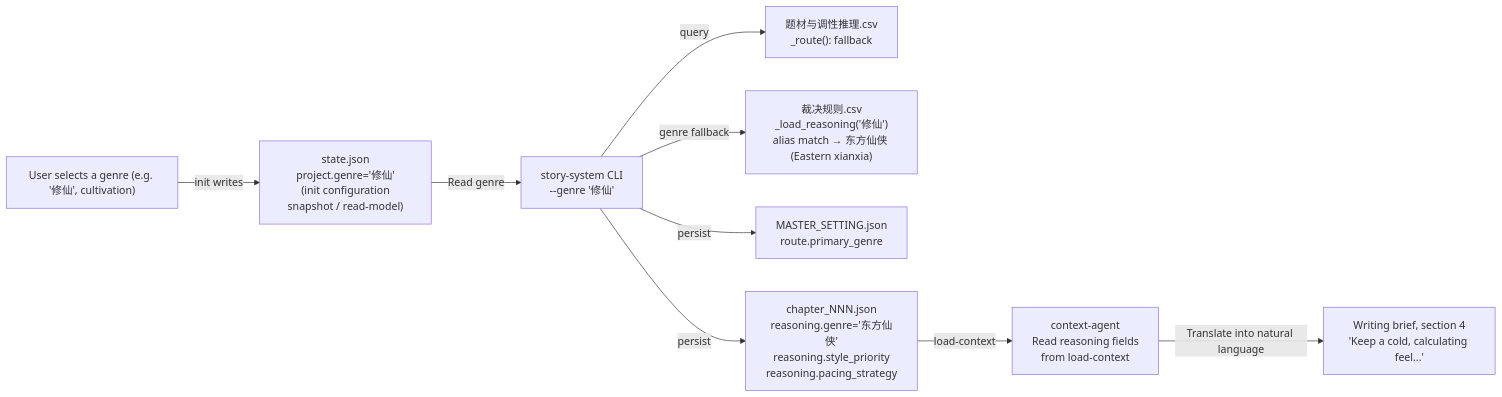
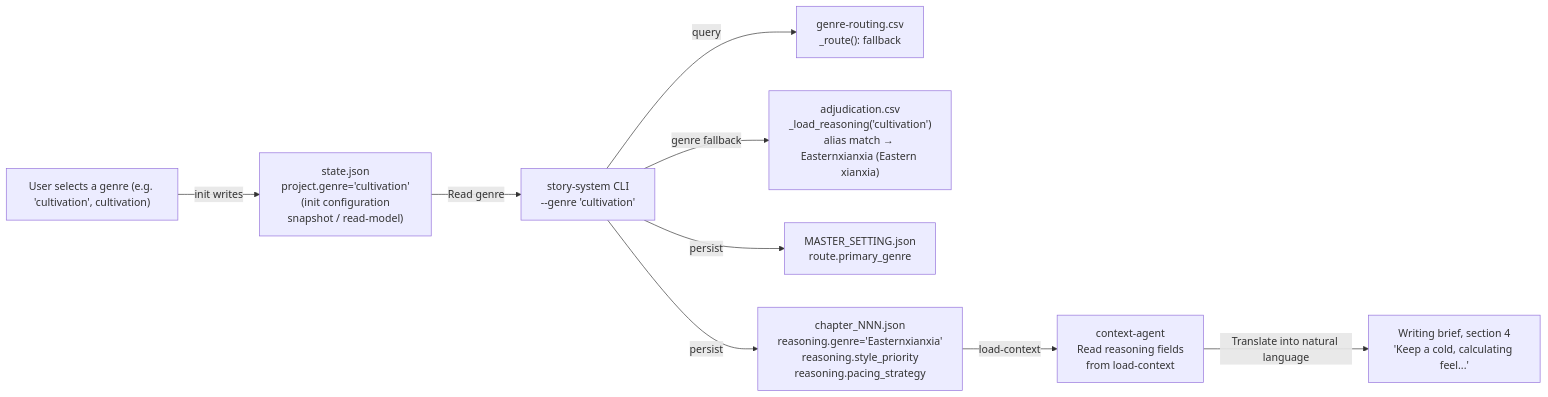
The sixth of 6 diagrams in docs/archive/architecture/system-architecture.md (ntense-ai/webnovel-writer), drawn with Mermaid before and after one commit. The commit also changed other lines of this file and 427 other files, not shown here.

Commit message:
Release 6.3.0 with English-only project schemas and source

````diff
--- a/docs/archive/architecture/system-architecture.md
+++ b/docs/archive/architecture/system-architecture.md
@@ -407,26 +407,26 @@
 ```mermaid
 graph LR
-    INIT_USER["User selects a genre (e.g. '修仙', cultivation)"]
-    STATE_GENRE["state.json<br/>project.genre='修仙'<br/> (init configuration snapshot / read-model)"]
+    INIT_USER["User selects a genre (e.g. 'cultivation', cultivation)"]
+    STATE_GENRE["state.json<br/>project.genre='cultivation'<br/> (init configuration snapshot / read-model)"]
     
-    STORY_CLI["story-system CLI<br/>--genre '修仙'"]
+    STORY_CLI["story-system CLI<br/>--genre 'cultivation'"]
     
-    ROUTE_TABLE["题材与调性推理.csv<br/>_route(): fallback"]
-    REASON_TABLE["裁决规则.csv<br/>_load_reasoning('修仙')<br/>alias match → 东方仙侠 (Eastern xianxia)"]
+    ROUTE_TABLE["genre-routing.csv<br/>_route(): fallback"]
+    REASON_TABLE["adjudication.csv<br/>_load_reasoning('cultivation')<br/>alias match → Easternxianxia (Eastern xianxia)"]
     
     MASTER_OUT["MASTER_SETTING.json<br/>route.primary_genre"]
-    CHAPTER_OUT["chapter_NNN.json<br/>reasoning.genre='东方仙侠'<br/>reasoning.style_priority<br/>reasoning.pacing_strategy"]
+    CHAPTER_OUT["chapter_NNN.json<br/>reasoning.genre='Easternxianxia'<br/>reasoning.style_priority<br/>reasoning.pacing_strategy"]
     
     CTX_AGENT["context-agent<br/>Read reasoning fields<br/>from load-context"]
     
     BRIEF["Writing brief, section 4<br/>'Keep a cold, calculating feel...'"]
 
     INIT_USER -->|"init writes"| STATE_GENRE
     STATE_GENRE -->|"Read genre"| STORY_CLI
     STORY_CLI -->|"query"| ROUTE_TABLE
     STORY_CLI -->|"genre fallback"| REASON_TABLE
     STORY_CLI -->|"persist"| MASTER_OUT
     STORY_CLI -->|"persist"| CHAPTER_OUT
     CHAPTER_OUT -->|"load-context"| CTX_AGENT
     CTX_AGENT -->|"Translate into natural language"| BRIEF
 ```
````
